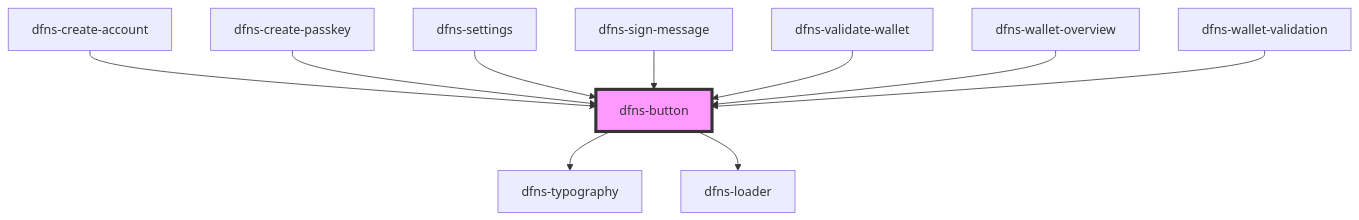
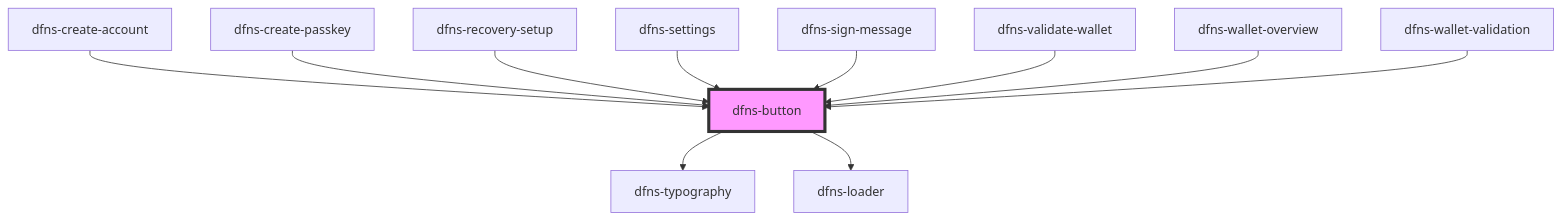
One commit to dfnsext/web-ui changed the diagram in src/components/Elements/Buttons/dfns-button/readme.md. Above: the diagram before and after it, drawn with Mermaid. The commit also changed other lines of this file and 22 other files, not shown here.

````diff
--- a/src/components/Elements/Buttons/dfns-button/readme.md
+++ b/src/components/Elements/Buttons/dfns-button/readme.md
@@ -51,13 +52,14 @@
 ```mermaid
 graph TD;
   dfns-button --> dfns-typography
   dfns-button --> dfns-loader
   dfns-create-account --> dfns-button
   dfns-create-passkey --> dfns-button
+  dfns-recovery-setup --> dfns-button
   dfns-settings --> dfns-button
   dfns-sign-message --> dfns-button
   dfns-validate-wallet --> dfns-button
   dfns-wallet-overview --> dfns-button
   dfns-wallet-validation --> dfns-button
   style dfns-button fill:#f9f,stroke:#333,stroke-width:4px
 ```
````
